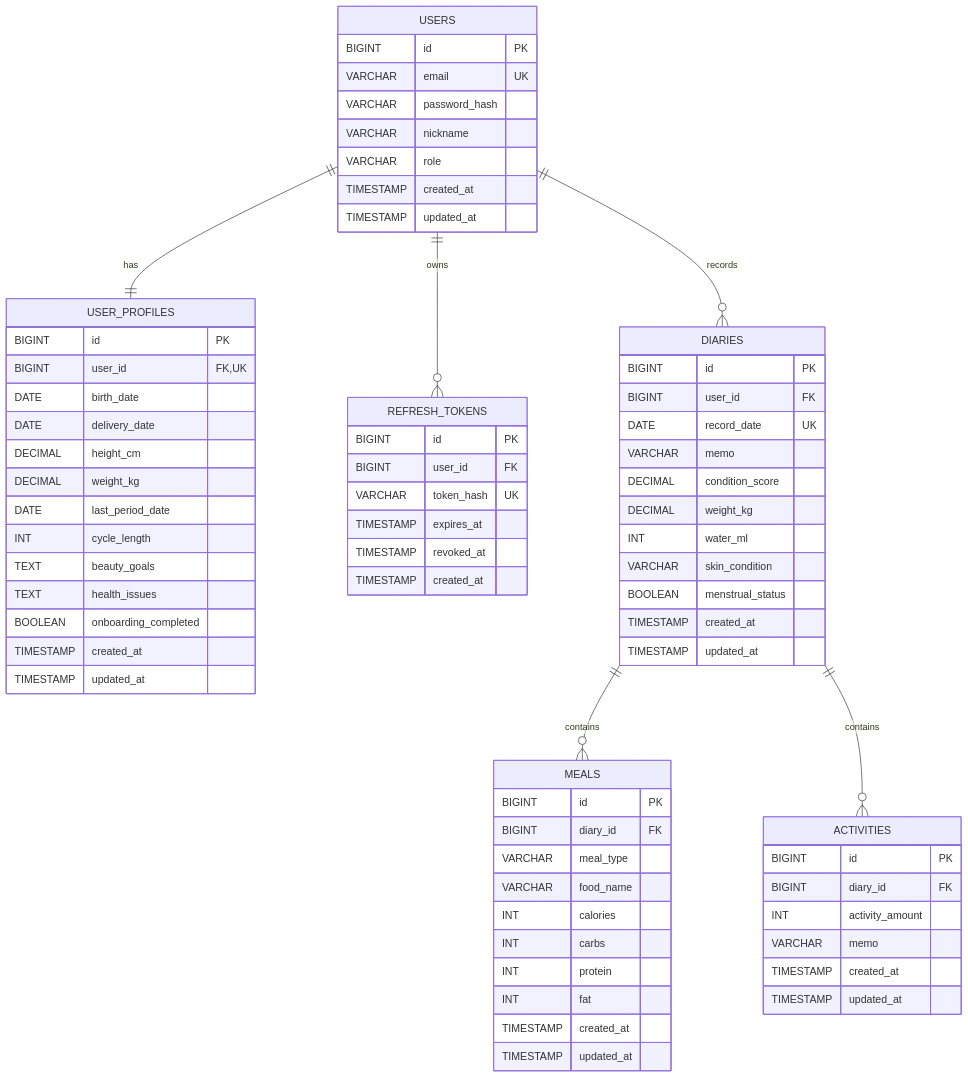
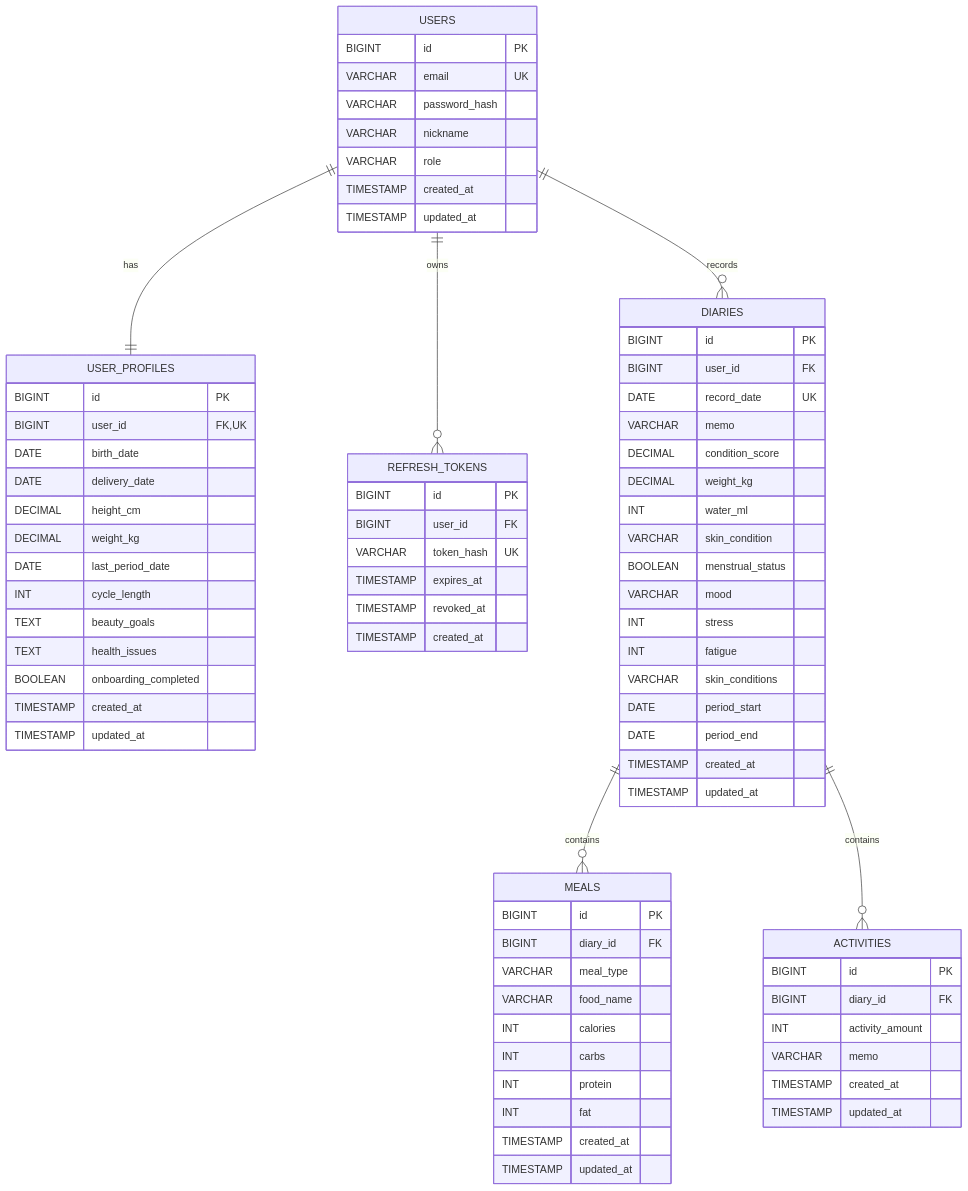
One commit to Lee1Jae/likelion-hanyang-erica-hackathon-team2-backend changed the diagram in README.md. Above: the diagram before and after it, drawn with Mermaid. The commit also changed other lines of this file and 27 other files, not shown here.

```diff
--- a/README.md
+++ b/README.md
@@ -115,6 +123,12 @@
         INT water_ml
         VARCHAR skin_condition
         BOOLEAN menstrual_status
+        VARCHAR mood
+        INT stress
+        INT fatigue
+        VARCHAR skin_conditions
+        DATE period_start
+        DATE period_end
         TIMESTAMP created_at
         TIMESTAMP updated_at
     }
```
